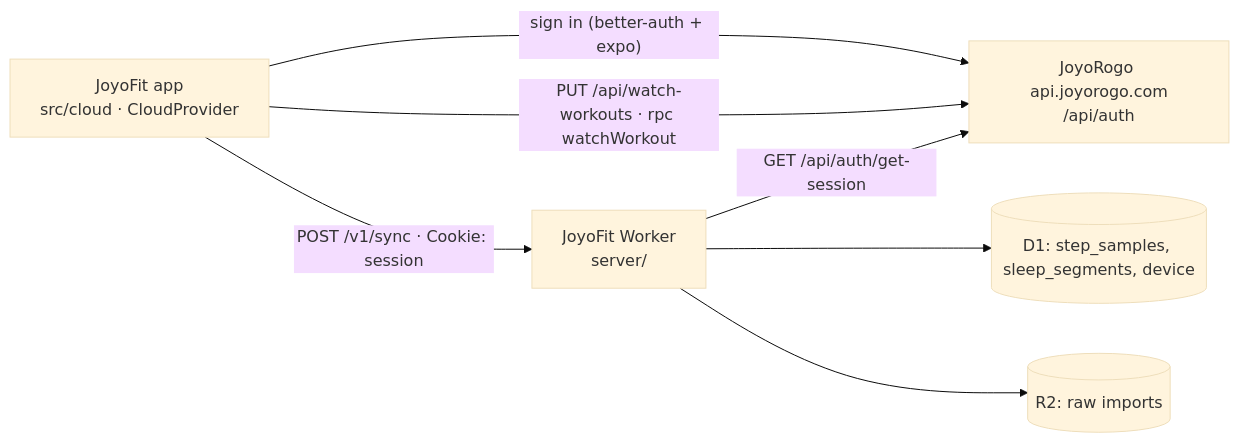
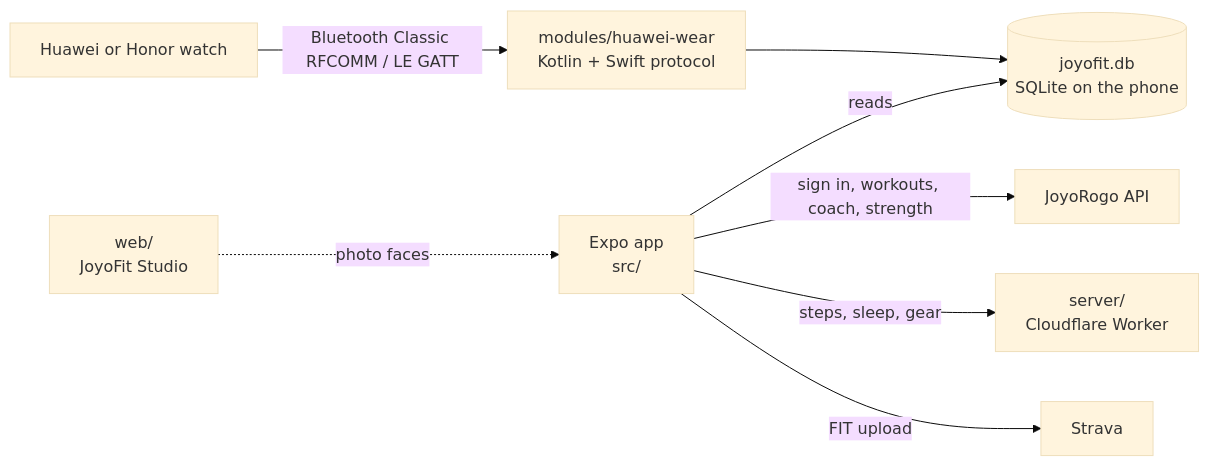
One commit to David4rr/joyofit changed the diagram in README.md. Above: the diagram before and after it, drawn with Mermaid (base theme). The commit also changed other lines of this file and 4 other files, not shown here.

Commit message:
README rewrite: features, architecture, dev setup, docs index, generated roadmap, contributing; detail moves to docs/watch-reference.md and docs/app-reference.md; docs/roadmap.json and scripts/roadmap-sync.ts

````diff
--- a/README.md
+++ b/README.md
@@ -458,9 +82,10 @@
 ```mermaid
 flowchart LR
-  APP[JoyoFit app<br/>src/cloud · CloudProvider] -- "sign in (better-auth + expo)" --> JR[JoyoRogo api.joyorogo.com<br/>/api/auth]
-  APP -- "POST /v1/sync · Cookie: session" --> W[JoyoFit Worker<br/>server/]
-  APP -- "PUT /api/watch-workouts · rpc watchWorkout" --> JR
-  W -- "GET /api/auth/get-session" --> JR
-  W --> D1[(D1: step_samples, sleep_segments, device)]
-  W --> R2[(R2: raw imports)]
+  W[Huawei or Honor watch] -- "Bluetooth Classic RFCOMM / LE GATT" --> M[modules/huawei-wear<br/>Kotlin + Swift protocol]
+  M --> DB[(joyofit.db<br/>SQLite on the phone)]
+  APP[Expo app<br/>src/] -- reads --> DB
+  APP -- "sign in, workouts, coach, strength" --> JR[JoyoRogo API]
+  APP -- "steps, sleep, gear" --> SRV[server/<br/>Cloudflare Worker]
+  APP -- "FIT upload" --> ST[Strava]
+  STUDIO[web/<br/>JoyoFit Studio] -. "photo faces" .-> APP
 ```
````
